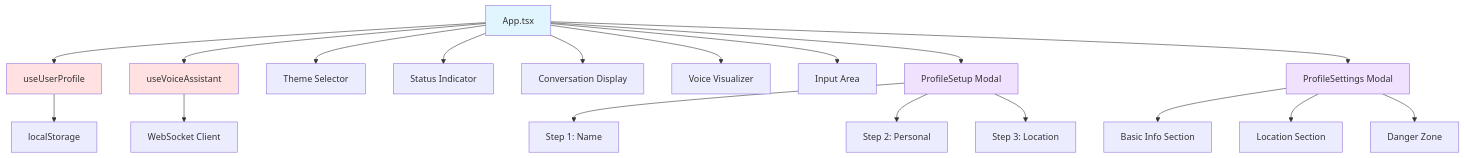
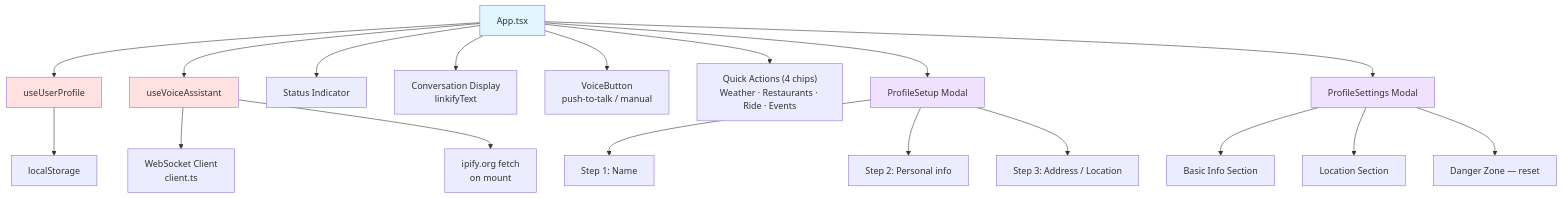
One commit to saikiranaravala/PersonalizedVoiceLocationAwareAgent changed diagram 12 of 31 in docs/DIAGRAMS.md. Above: the diagram before and after it, drawn with Mermaid. The commit also changed other lines of this file and 4 other files, not shown here.

````diff
--- a/docs/DIAGRAMS.md
+++ b/docs/DIAGRAMS.md
@@ -290,27 +375,27 @@
 ```mermaid
 graph TD
     A[App.tsx] --> B[useUserProfile]
     A --> C[useVoiceAssistant]
-    A --> D[Theme Selector]
-    A --> E[Status Indicator]
-    A --> F[Conversation Display]
-    A --> G[Voice Visualizer]
-    A --> H[Input Area]
-    A --> I[ProfileSetup Modal]
-    A --> J[ProfileSettings Modal]
-    
+    A --> D[Status Indicator]
+    A --> E[Conversation Display<br/>linkifyText]
+    A --> F[VoiceButton<br/>push-to-talk / manual]
+    A --> G["Quick Actions (4 chips)\nWeather · Restaurants · Ride · Events"]
+    A --> H[ProfileSetup Modal]
+    A --> I[ProfileSettings Modal]
+
     B --> K[localStorage]
-    C --> L[WebSocket Client]
-    I --> M[Step 1: Name]
-    I --> N[Step 2: Personal]
-    I --> O[Step 3: Location]
-    J --> P[Basic Info Section]
-    J --> Q[Location Section]
-    J --> R[Danger Zone]
-    
+    C --> L[WebSocket Client<br/>client.ts]
+    C --> IP[ipify.org fetch<br/>on mount]
+    H --> M[Step 1: Name]
+    H --> N[Step 2: Personal info]
+    H --> O[Step 3: Address / Location]
+    I --> P[Basic Info Section]
+    I --> Q[Location Section]
+    I --> R[Danger Zone — reset]
+
     style A fill:#e1f5ff
     style B fill:#ffe1e1
     style C fill:#ffe1e1
+    style H fill:#f0e1ff
     style I fill:#f0e1ff
-    style J fill:#f0e1ff
 ```
````
